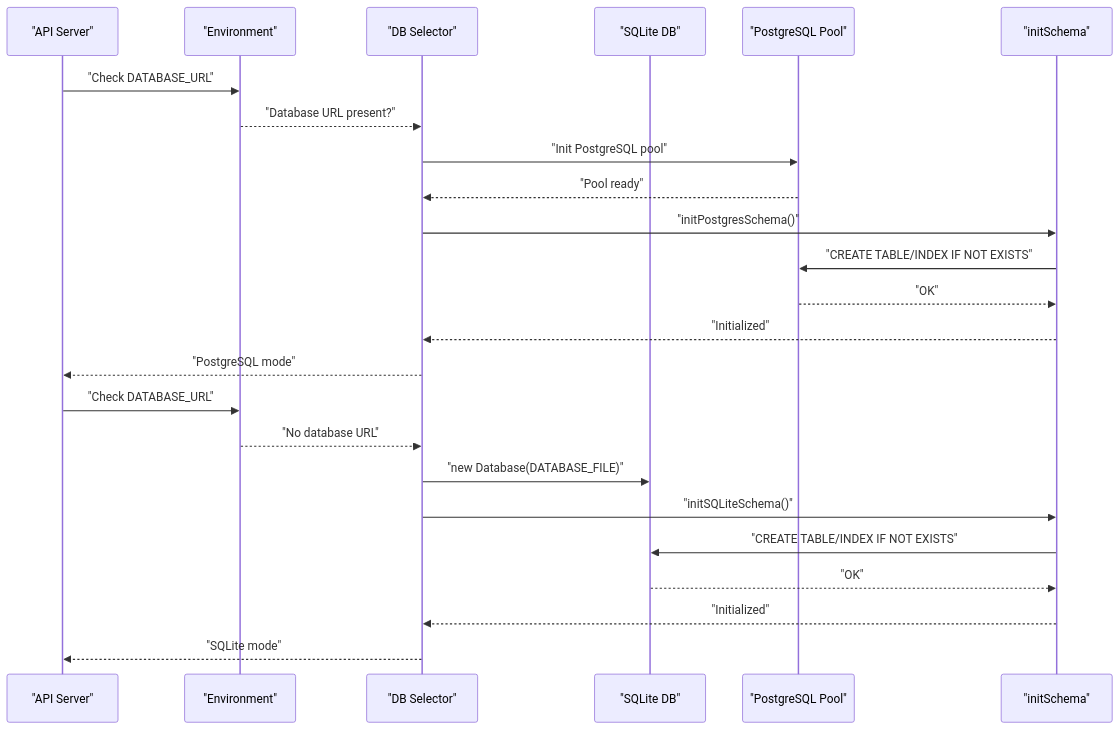
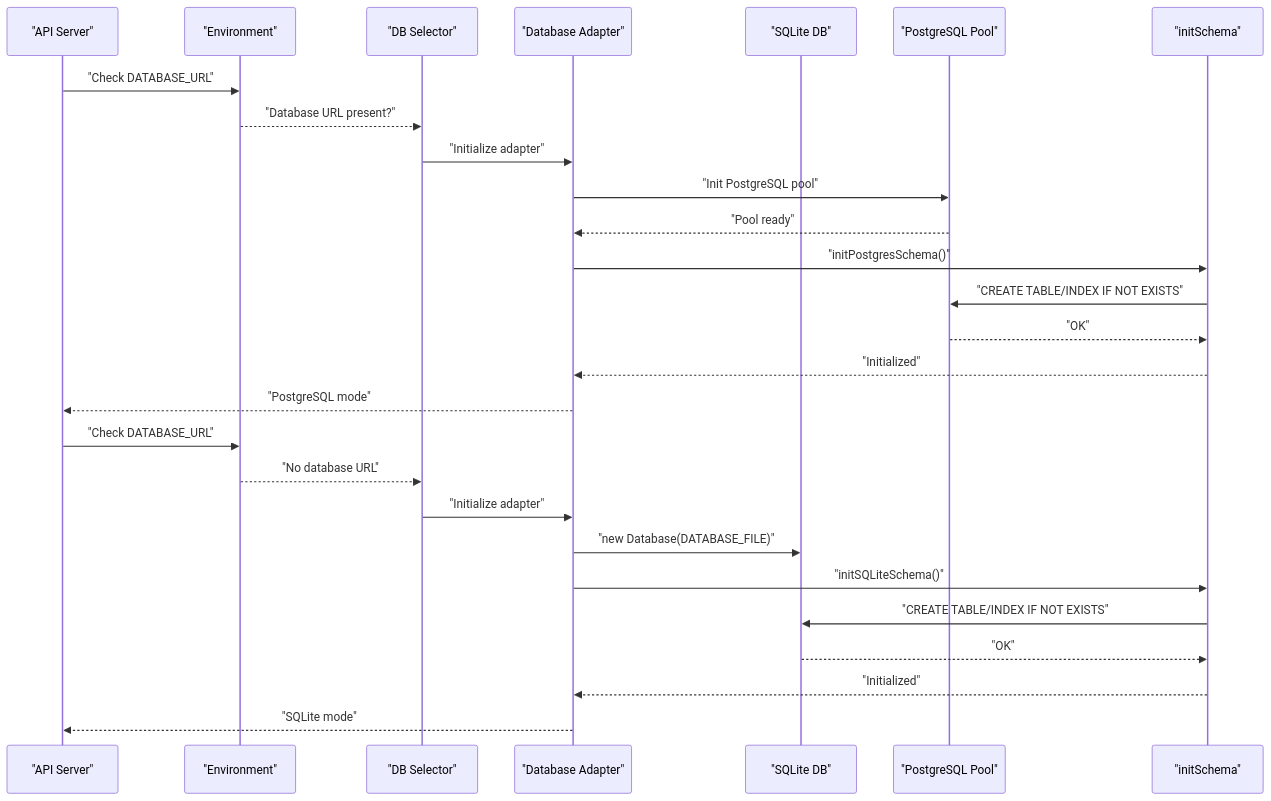
One commit to aravinthraj-ramalingam/Groww-App-Review-Insights-Analyzer- changed the fourth of 9 diagrams in .qoder/repowiki/en/content/Phase 1_ Review Scraper/Database Layer.md. Above: the diagram before and after it, drawn with Mermaid. The commit also changed other lines of this file and 10 other files, not shown here.

````diff
--- a/.qoder/repowiki/en/content/Phase 1_ Review Scraper/Database Layer.md
+++ b/.qoder/repowiki/en/content/Phase 1_ Review Scraper/Database Layer.md
@@ -317,26 +337,29 @@
 ```mermaid
 sequenceDiagram
 participant API as "API Server"
 participant ENV as "Environment"
 participant DB_SELECTOR as "DB Selector"
+participant DB_ADAPTER as "Database Adapter"
 participant SQLITE as "SQLite DB"
 participant PG_POOL as "PostgreSQL Pool"
 participant INIT as "initSchema"
 API->>ENV : "Check DATABASE_URL"
 ENV-->>DB_SELECTOR : "Database URL present?"
-DB_SELECTOR->>PG_POOL : "Init PostgreSQL pool"
-PG_POOL-->>DB_SELECTOR : "Pool ready"
-DB_SELECTOR->>INIT : "initPostgresSchema()"
+DB_SELECTOR->>DB_ADAPTER : "Initialize adapter"
+DB_ADAPTER->>PG_POOL : "Init PostgreSQL pool"
+PG_POOL-->>DB_ADAPTER : "Pool ready"
+DB_ADAPTER->>INIT : "initPostgresSchema()"
 INIT->>PG_POOL : "CREATE TABLE/INDEX IF NOT EXISTS"
 PG_POOL-->>INIT : "OK"
-INIT-->>DB_SELECTOR : "Initialized"
-DB_SELECTOR-->>API : "PostgreSQL mode"
+INIT-->>DB_ADAPTER : "Initialized"
+DB_ADAPTER-->>API : "PostgreSQL mode"
 API->>ENV : "Check DATABASE_URL"
 ENV-->>DB_SELECTOR : "No database URL"
-DB_SELECTOR->>SQLITE : "new Database(DATABASE_FILE)"
-DB_SELECTOR->>INIT : "initSQLiteSchema()"
+DB_SELECTOR->>DB_ADAPTER : "Initialize adapter"
+DB_ADAPTER->>SQLITE : "new Database(DATABASE_FILE)"
+DB_ADAPTER->>INIT : "initSQLiteSchema()"
 INIT->>SQLITE : "CREATE TABLE/INDEX IF NOT EXISTS"
 SQLITE-->>INIT : "OK"
-INIT-->>DB_SELECTOR : "Initialized"
-DB_SELECTOR-->>API : "SQLite mode"
+INIT-->>DB_ADAPTER : "Initialized"
+DB_ADAPTER-->>API : "SQLite mode"
 ```
````
